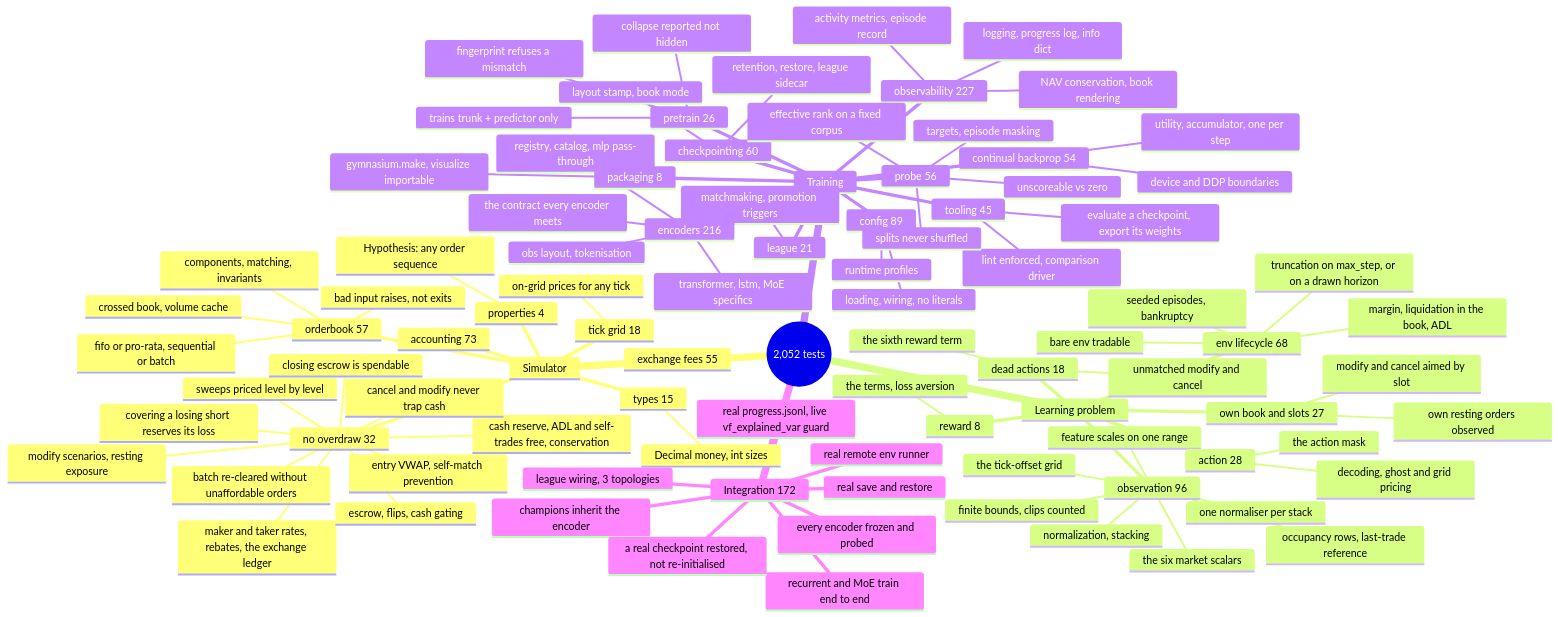
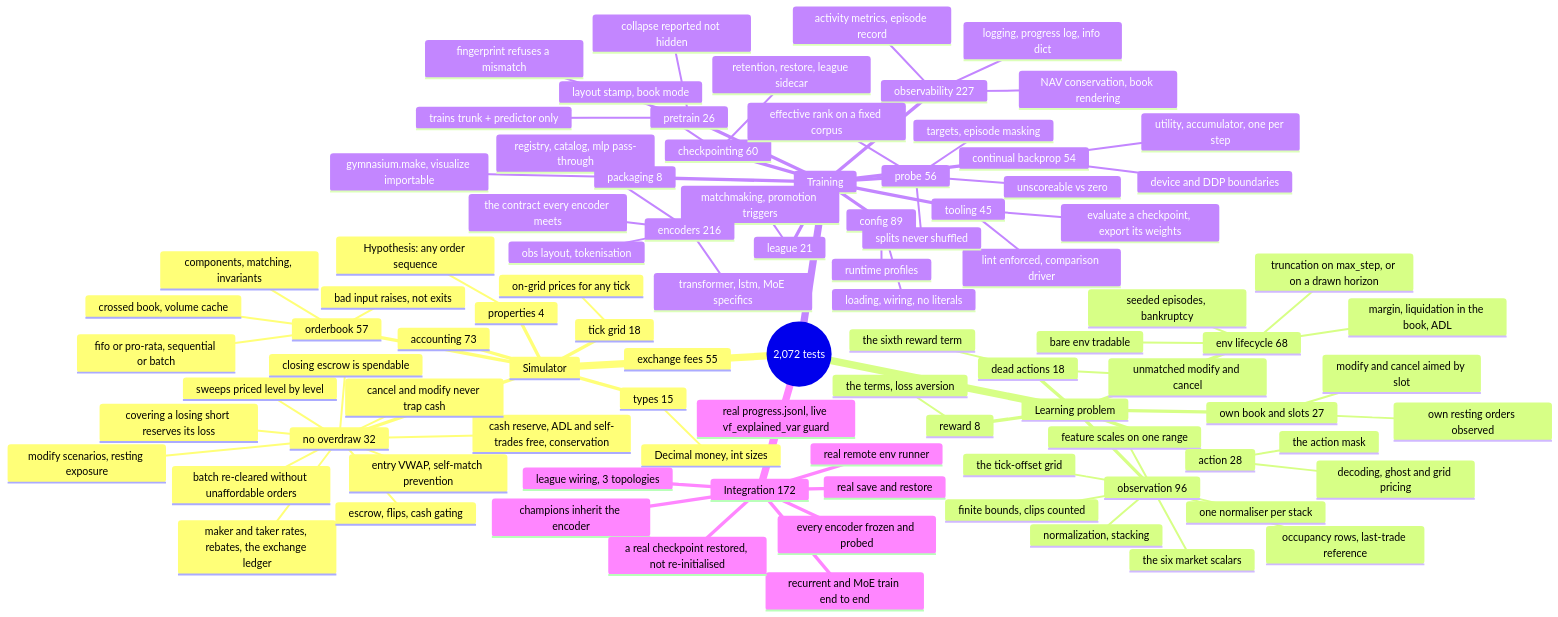
Before and after one commit to ChuaCheowHuan/gym-continuousDoubleAuction: the diagram in doc/10_testing.md, drawn with Mermaid. The commit also changed other lines of this file and 7 other files, not shown here.

````diff
--- a/doc/10_testing.md
+++ b/doc/10_testing.md
@@ -164,6 +164,6 @@
 ```mermaid
 mindmap
-  root((2,052 tests))
+  root((2,072 tests))
     Simulator
       orderbook 57
         components, matching, invariants
````
